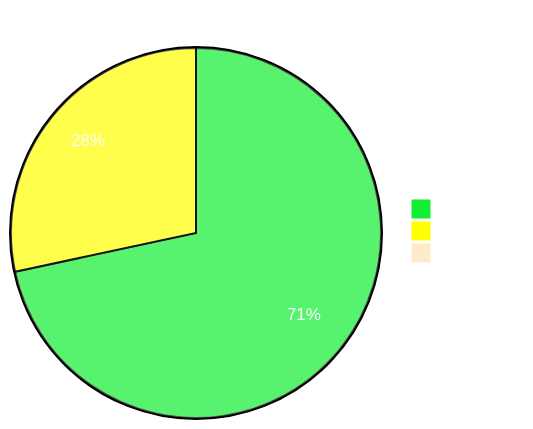
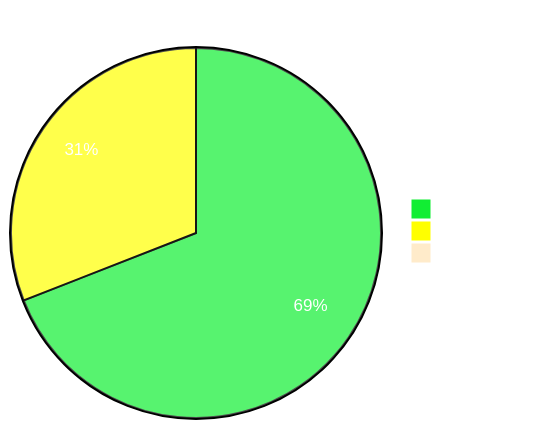
The diagram in Readme.md (sumanthtatipamula/Programming), drawn with Mermaid before and after one commit. The commit also changed 8 other files, not shown here.

````diff
--- a/Readme.md
+++ b/Readme.md
@@ -23,20 +23,20 @@
 ```mermaid
 %%{
   init:
   {
     'theme': 'base',
     'themeVariables':
       {
         'primaryTextColor': '#fff',
         'pie1': '#1E3',
         'pie2': '#FFFF00',
         'pie3': '#ffebca'
       }
   }
 }%%
 pie showData
     title Problems Solved Per Tag
     "Tree" : 96
-    "Graphs": 38
+    "Graphs": 43
     "Arrays": 1
 ```
````
